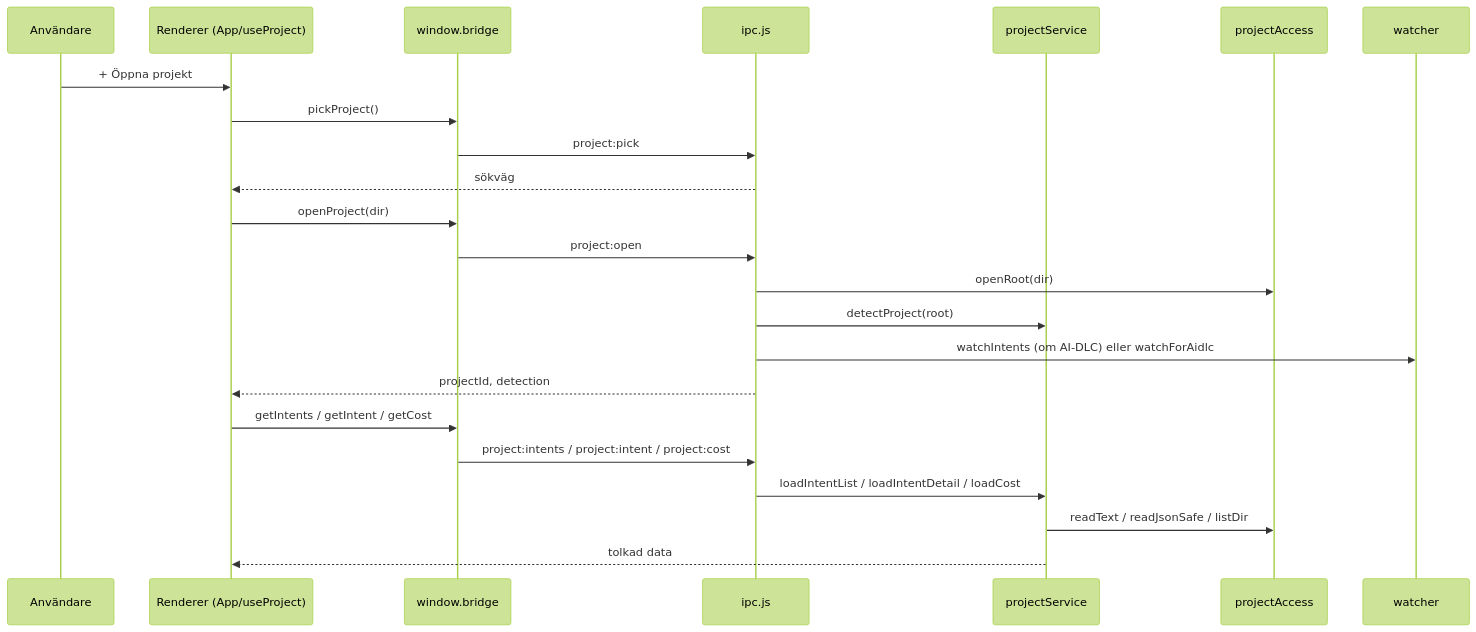
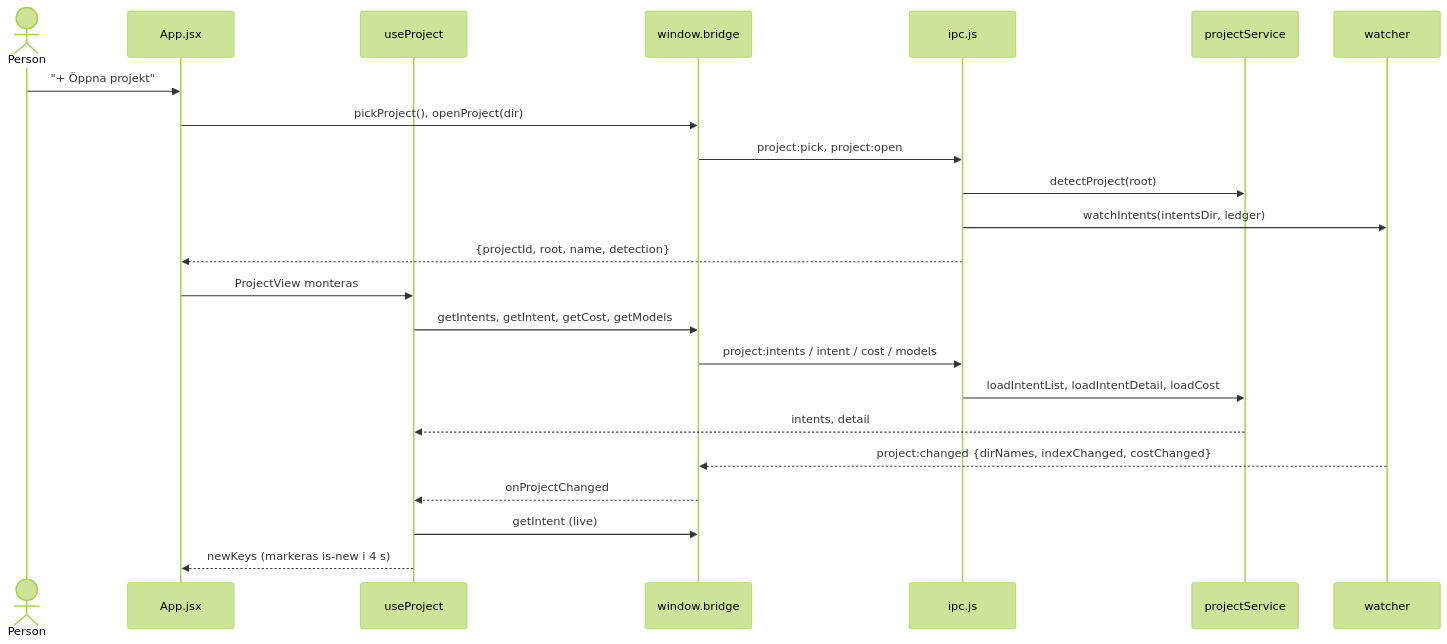
One commit to tochman/ai-dlc-thadeus changed the third of 4 diagrams in aidlc/spaces/default/codekb/aidlc-dash/architecture.md. Above: the diagram before and after it, drawn with Mermaid (forest theme). The commit also changed other lines of this file and 74 other files, not shown here.

````diff
--- a/aidlc/spaces/default/codekb/aidlc-dash/architecture.md
+++ b/aidlc/spaces/default/codekb/aidlc-dash/architecture.md
@@ -105,25 +109,25 @@
 ```mermaid
 sequenceDiagram
-  participant U as Användare
-  participant R as Renderer (App/useProject)
-  participant B as window.bridge
-  participant I as ipc.js
-  participant S as projectService
-  participant A as projectAccess
-  participant W as watcher
-  U->>R: + Öppna projekt
-  R->>B: pickProject()
-  B->>I: project:pick
-  I-->>R: sökväg
-  R->>B: openProject(dir)
-  B->>I: project:open
-  I->>A: openRoot(dir)
-  I->>S: detectProject(root)
-  I->>W: watchIntents (om AI-DLC) eller watchForAidlc
-  I-->>R: projectId, detection
-  R->>B: getIntents / getIntent / getCost
-  B->>I: project:intents / project:intent / project:cost
-  I->>S: loadIntentList / loadIntentDetail / loadCost
-  S->>A: readText / readJsonSafe / listDir
-  S-->>R: tolkad data
+  actor Person
+  participant App as App.jsx
+  participant Hook as useProject
+  participant Bridge as window.bridge
+  participant IPC as ipc.js
+  participant Svc as projectService
+  participant Watch as watcher
+  Person->>App: "+ Öppna projekt"
+  App->>Bridge: pickProject(), openProject(dir)
+  Bridge->>IPC: project:pick, project:open
+  IPC->>Svc: detectProject(root)
+  IPC->>Watch: watchIntents(intentsDir, ledger)
+  IPC-->>App: {projectId, root, name, detection}
+  App->>Hook: ProjectView monteras
+  Hook->>Bridge: getIntents, getIntent, getCost, getModels
+  Bridge->>IPC: project:intents / intent / cost / models
+  IPC->>Svc: loadIntentList, loadIntentDetail, loadCost
+  Svc-->>Hook: intents, detail
+  Watch-->>Bridge: project:changed {dirNames, indexChanged, costChanged}
+  Bridge-->>Hook: onProjectChanged
+  Hook->>Bridge: getIntent (live)
+  Hook-->>App: newKeys (markeras is-new i 4 s)
 ```
````
